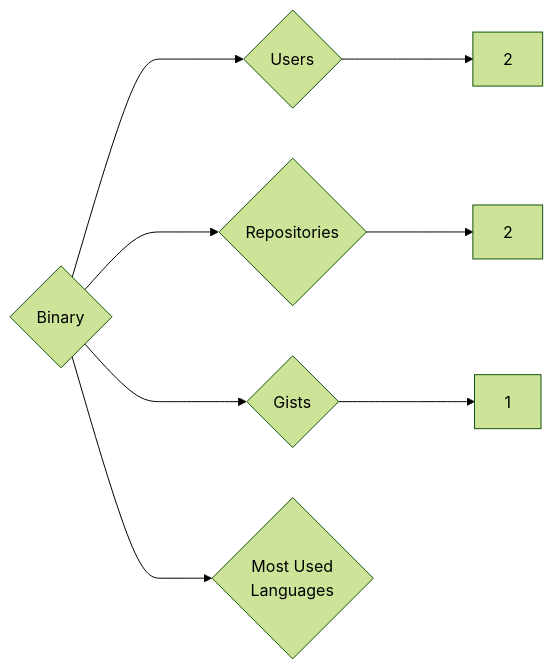
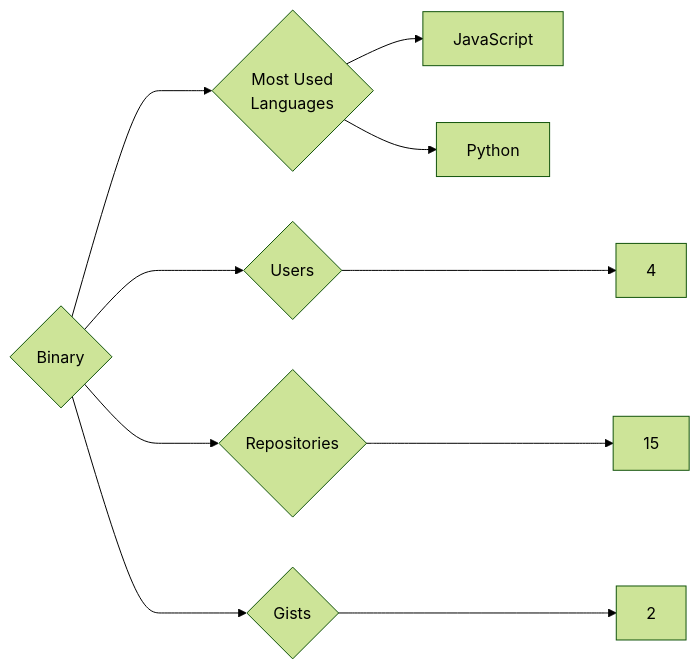
The diagram in targets/Binary/README.md (trickest/insiders), drawn with Mermaid (forest theme) before and after one commit. The commit also changed 912 other files, not shown here.

````diff
--- a/targets/Binary/README.md
+++ b/targets/Binary/README.md
@@ -3,8 +3,10 @@
 ```mermaid
 graph LR
 COMPANY_NAME{Binary}
-COMPANY_NAME ---> U{Users} ---> UN[2]
-COMPANY_NAME ---> R{Repositories} ---> RN[2]
-COMPANY_NAME ---> G{Gists} ---> GN[1]
+COMPANY_NAME ---> U{Users} ---> UN[4]
+COMPANY_NAME ---> R{Repositories} ---> RN[15]
+COMPANY_NAME ---> G{Gists} ---> GN[2]
 COMPANY_NAME ---> ML{Most Used<br>Languages}
+ML --> JavaScript[JavaScript]
+ML --> Python[Python]
 ```
````
